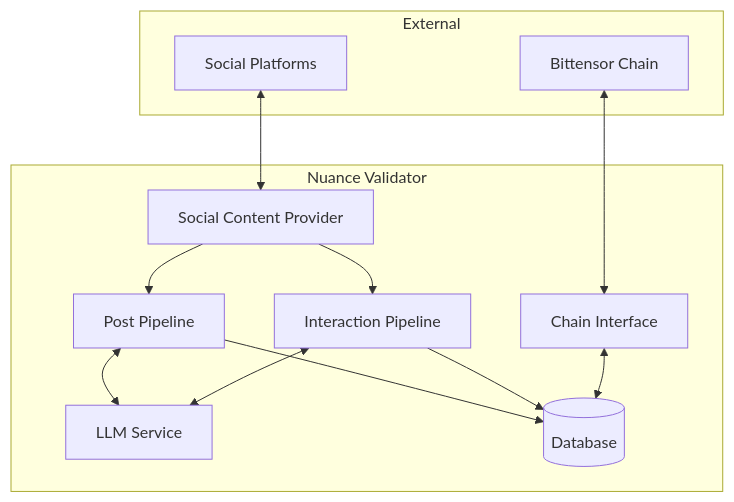
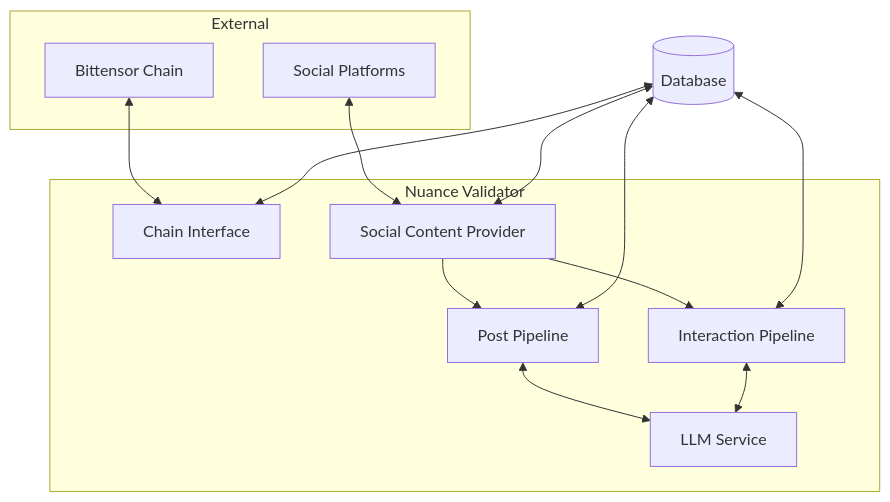
The diagram in docs/dev/overall_architecture.md (NuanceNetwork/Nuance), drawn with Mermaid before and after one commit. The commit also changed 31 other files, not shown here.

````diff
--- a/docs/dev/overall_architecture.md
+++ b/docs/dev/overall_architecture.md
@@ -1,26 +1,29 @@
 ```mermaid
 flowchart TB
     subgraph External
         BT[Bittensor Chain]
         SP[Social Platforms]
     end
     
+    DB[(Database)]
+    
     subgraph Validator["Nuance Validator"]
         CI[Chain Interface]
         SCP[Social Content Provider]
         PP[Post Pipeline]
         IP[Interaction Pipeline]
         LLM[LLM Service]
-        DB[(Database)]
     end
     
     BT <--> CI
     SP <--> SCP
     SCP --> PP
     SCP --> IP
     PP <--> LLM
     IP <--> LLM
-    PP --> DB
-    IP --> DB
-    CI <--> DB
+    
+    DB <--> CI
+    DB <--> SCP
+    DB <--> PP
+    DB <--> IP
 ```
````
